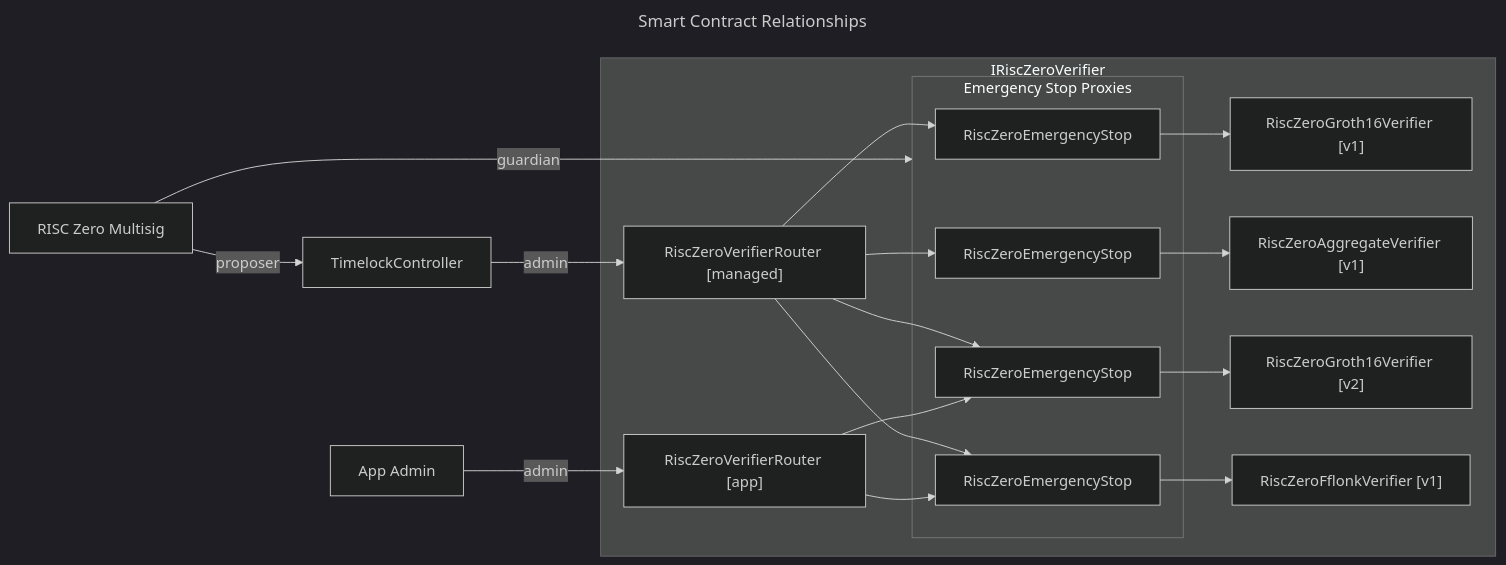
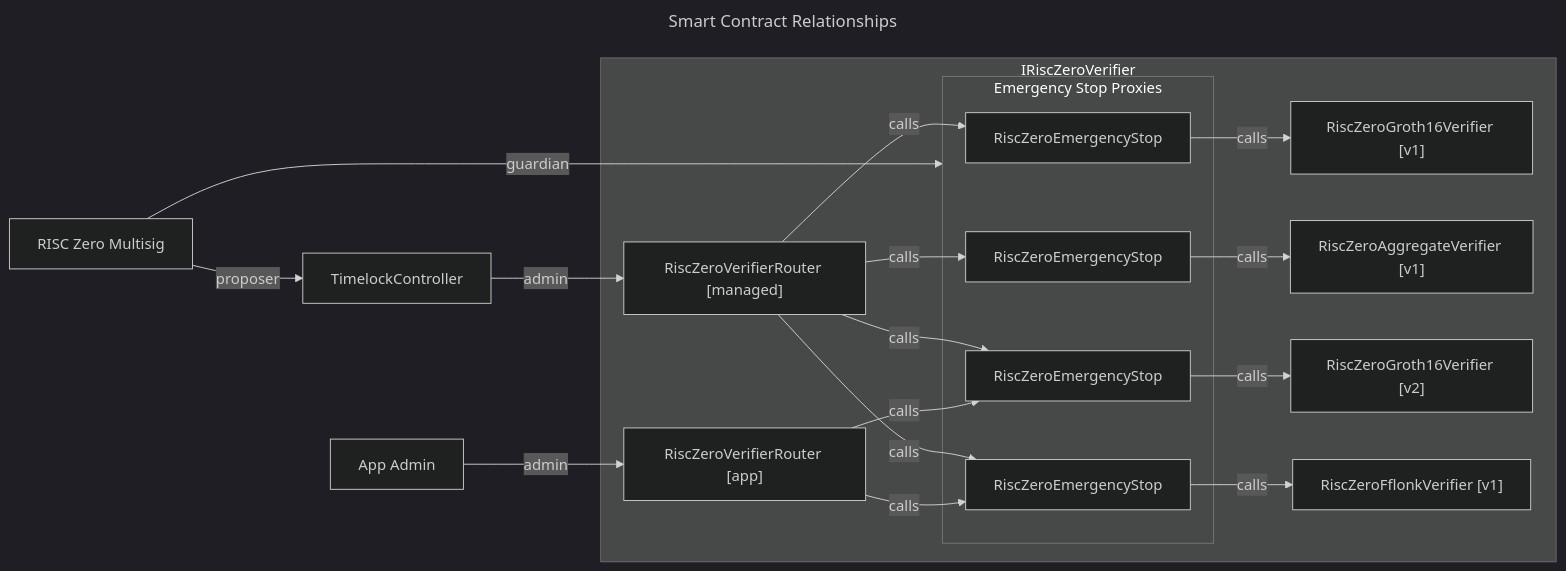
The diagram in contracts/version-management-design.md (risc0/risc0-ethereum), drawn with Mermaid (dark theme) before and after one commit.

Commit message:
add "calls" to arrows

````diff
--- a/contracts/version-management-design.md
+++ b/contracts/version-management-design.md
@@ -11,40 +11,40 @@
 ```mermaid
 ---
 title: Smart Contract Relationships
 ---
 flowchart LR
   subgraph IRiscZeroVerifier
     router["RiscZeroVerifierRouter [managed]"]
     appRouter["RiscZeroVerifierRouter [app]"]
     
     subgraph emergencyStops["Emergency Stop Proxies"]
       groth16v1ES["RiscZeroEmergencyStop"]
       aggv1ES["RiscZeroEmergencyStop"]
       groth16v2ES["RiscZeroEmergencyStop"]
       fflonkv1ES["RiscZeroEmergencyStop"]
     end
     
     groth16v1["RiscZeroGroth16Verifier [v1]"]
     aggv1["RiscZeroAggregateVerifier [v1]"]
     groth16v2["RiscZeroGroth16Verifier [v2]"]
     fflonkv1["RiscZeroFflonkVerifier [v1]"]
 
-    router --> groth16v1ES
-    router & appRouter --> groth16v2ES
-    router --> aggv1ES
-    router & appRouter --> fflonkv1ES
+    router -- calls --> groth16v1ES
+    router & appRouter -- calls --> groth16v2ES
+    router -- calls --> aggv1ES
+    router & appRouter -- calls --> fflonkv1ES
     
-    groth16v1ES --> groth16v1
-    groth16v2ES --> groth16v2
-    aggv1ES --> aggv1
-    fflonkv1ES --> fflonkv1
+    groth16v1ES -- calls --> groth16v1
+    groth16v2ES -- calls --> groth16v2
+    aggv1ES -- calls --> aggv1
+    fflonkv1ES -- calls --> fflonkv1
   end
   timelock[TimelockController]
   multisig["RISC Zero Multisig"]
   appAdmin[App Admin]
   
   timelock -- admin --> router
   appAdmin -- admin --> appRouter
   multisig -- proposer --> timelock
   multisig -- guardian --> emergencyStops
 ```
````
